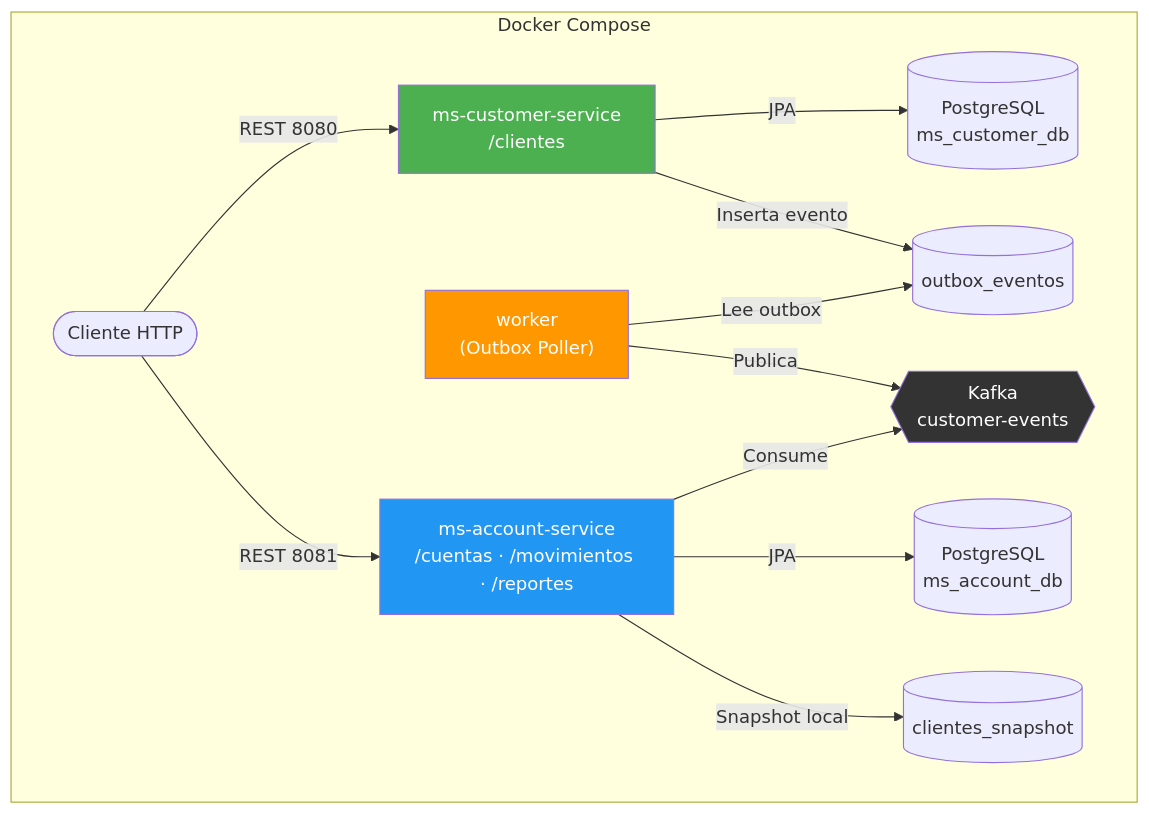
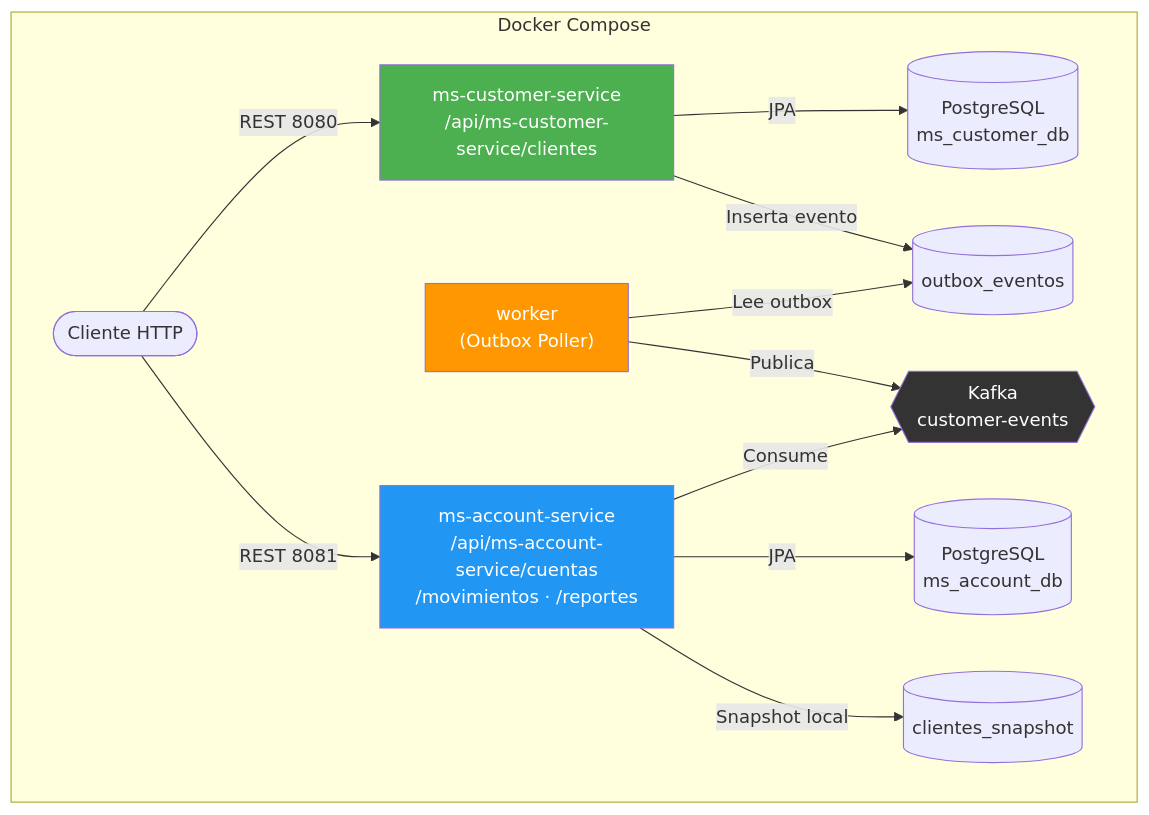
Before and after one commit to KelvinVargasUG/ms_account_service: the first of 2 diagrams in README.md, drawn with Mermaid. The commit also changed other lines of this file, not shown here.

Commit message:
feat: Update README with improved service communication details, architecture diagram, and endpoint specifications

````diff
--- a/README.md
+++ b/README.md
@@ -14,22 +14,22 @@
 ```mermaid
 flowchart TB
     subgraph Docker Compose
-        Client([Cliente HTTP]) -->|REST 8080| CS["ms-customer-service\n/clientes"]
-        Client -->|REST 8081| AS["ms-account-service\n/cuentas · /movimientos · /reportes"]
+        Client([Cliente HTTP]) -->|REST 8080| CS["ms-customer-service\n/api/ms-customer-service/clientes"]
+        Client -->|REST 8081| AS["ms-account-service\n/api/ms-account-service/cuentas\n/movimientos · /reportes"]
 
         CS -->|JPA| DB_C[(PostgreSQL\nms_customer_db)]
         CS -->|Inserta evento| OT[(outbox_eventos)]
 
         W["worker\n(Outbox Poller)"] -->|Lee outbox| OT
         W -->|Publica| K{{Kafka\ncustomer-events}}
 
         AS -->|Consume| K
         AS -->|JPA| DB_A[(PostgreSQL\nms_account_db)]
         AS -->|Snapshot local| SN[(clientes_snapshot)]
     end
 
     style CS fill:#4CAF50,color:#fff
     style AS fill:#2196F3,color:#fff
     style W fill:#FF9800,color:#fff
     style K fill:#333,color:#fff
 ```
````
